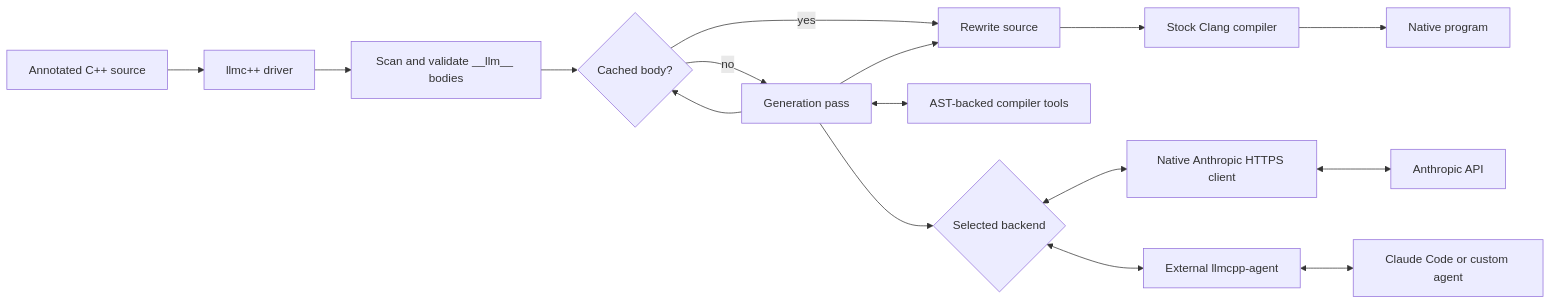
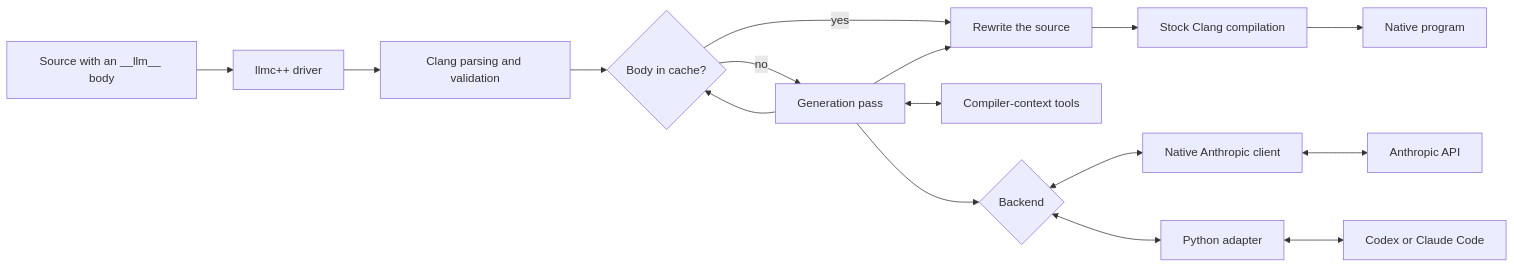
Before and after one commit to yanevskiv/llmcpp: the diagram in docs/how_llm_compilation_works.md, drawn with Mermaid. The commit also changed other lines of this file and 142 other files, not shown here.

Commit message:
Rework llmcpp structure and agent support

````diff
--- a/docs/how_llm_compilation_works.md
+++ b/docs/how_llm_compilation_works.md
@@ -6,18 +7,18 @@
 ```mermaid
 flowchart LR
-    Source[Annotated C++ source] --> Driver[llmc++ driver]
-    Driver --> Scan[Scan and validate __llm__ bodies]
-    Scan --> Cache{Cached body?}
-    Cache -- yes --> Rewrite[Rewrite source]
-    Cache -- no --> Pass[Generation pass]
-    Pass <--> Tools[AST-backed compiler tools]
-    Pass --> Backend{Selected backend}
-    Backend <--> Native[Native Anthropic HTTPS client]
-    Backend <--> Agent[External llmcpp-agent]
-    Native <--> Model[Anthropic API]
-    Agent <--> Model2[Claude Code or custom agent]
-    Pass --> Cache
-    Pass --> Rewrite
-    Rewrite --> Clang[Stock Clang compiler]
+    Source[Source with an __llm__ body] --> Driver[llmc++ driver]
+    Driver --> Parse[Clang parsing and validation]
+    Parse --> Cache{Body in cache?}
+    Cache -- yes --> Rewrite[Rewrite the source]
+    Cache -- no --> Generate[Generation pass]
+    Generate <--> Context[Compiler-context tools]
+    Generate --> Backend{Backend}
+    Backend <--> Native[Native Anthropic client]
+    Backend <--> Adapter[Python adapter]
+    Native <--> Anthropic[Anthropic API]
+    Adapter <--> CLI[Codex or Claude Code]
+    Generate --> Cache
+    Generate --> Rewrite
+    Rewrite --> Clang[Stock Clang compilation]
     Clang --> Program[Native program]
 ```
````
